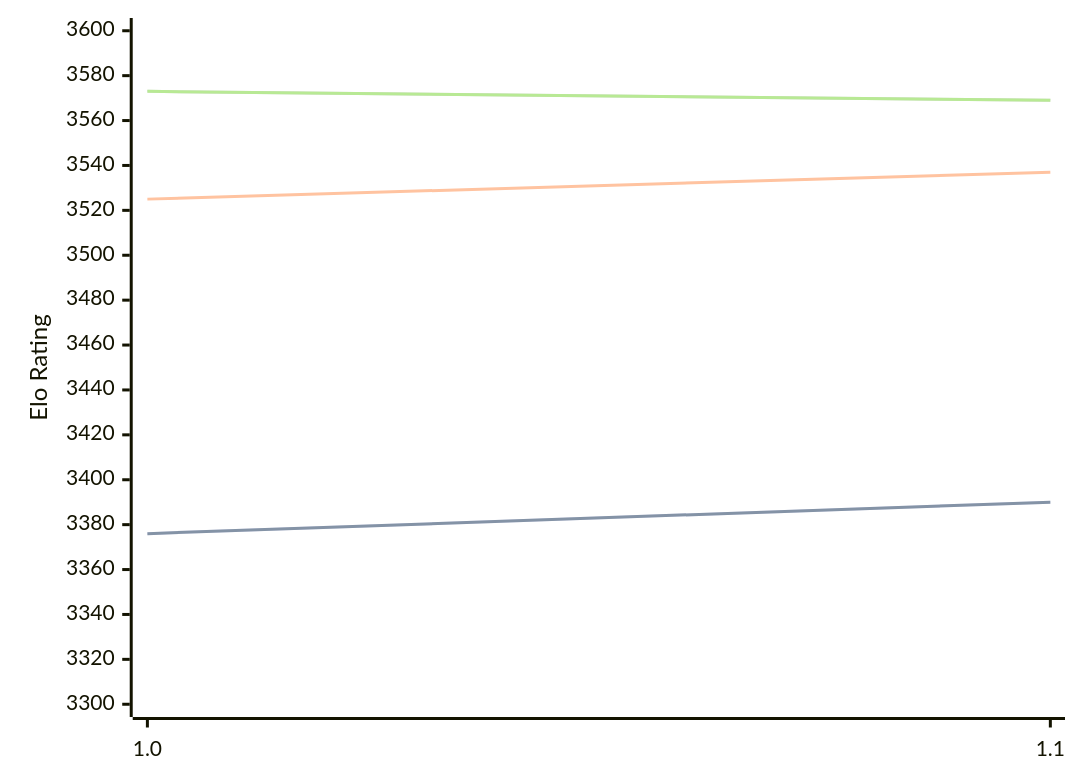
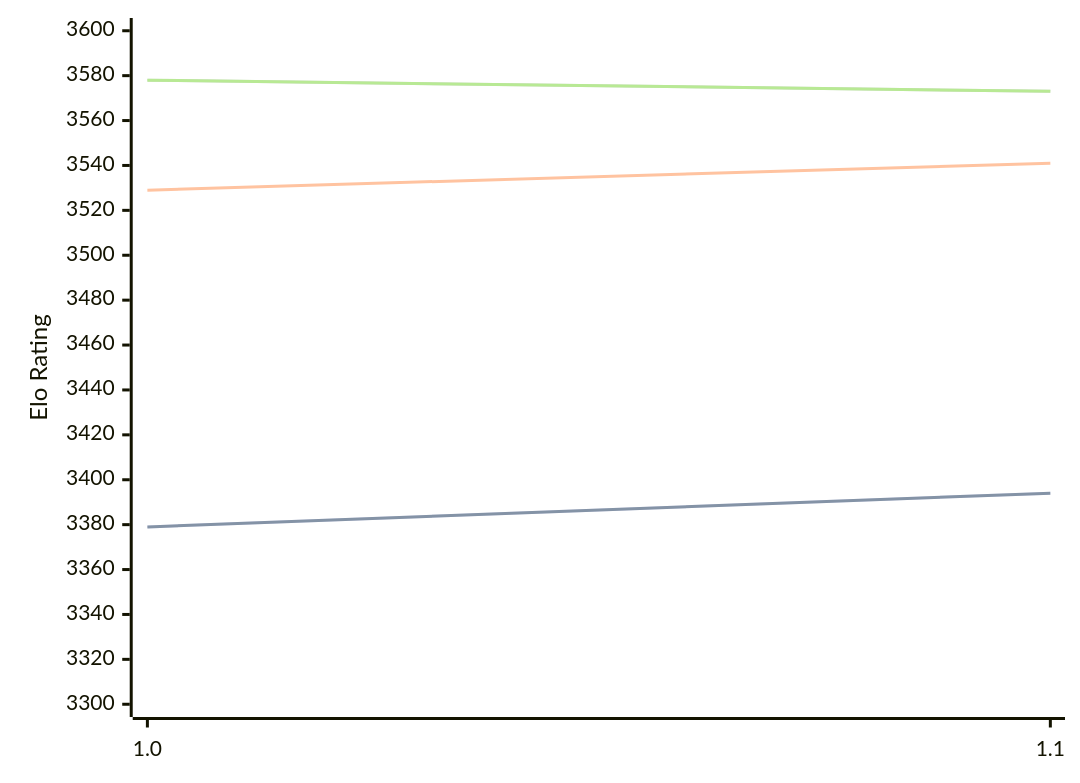
The diagram in engines/Horsie.md (computer-chess-index/cci), drawn with Mermaid before and after one commit. The commit also changed other lines of this file, not shown here.

Commit message:
Update CCI Ratings (ELO VLTC) - 2026-05-02

````diff
--- a/engines/Horsie.md
+++ b/engines/Horsie.md
@@ -32,11 +32,11 @@
 ```mermaid
 %%{init: {"theme":"base","themeVariables":{"seriesColors:['#a3a3a3','#222221','#faa371']}}}%%
 xychart-beta
   x-axis ["1.0", "1.1"]
   y-axis "Elo Rating" 3300 --> 3600
-  line "STC (8.0+0.08s)" [3376, 3390]
-  line "STC (8.0+0.08s)" [3376, 3390]
-  line "LTC (60.0+0.60s)" [3525, 3537]
-  line "VLTC (2m24s+1.12s)" [3573, 3569]
-  line "VLTC (2m24s+1.12s)" [3573, 3569]
+  line "STC (8.0+0.08s)" [3379, 3394]
+  line "STC (8.0+0.08s)" [3379, 3394]
+  line "LTC (60.0+0.60s)" [3529, 3541]
+  line "VLTC (2m24s+1.12s)" [3578, 3573]
+  line "VLTC (2m24s+1.12s)" [3578, 3573]
 ```
````
